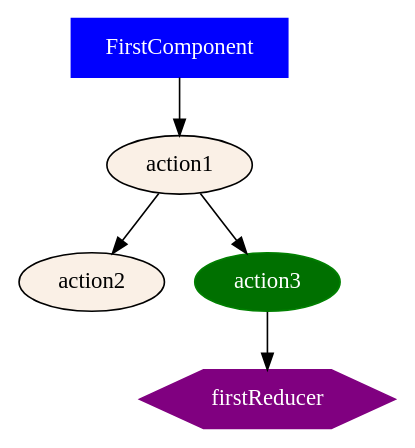
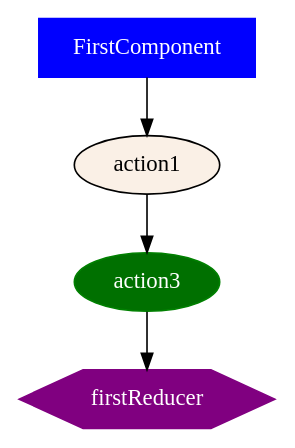
One commit to ammarnajjar/ngrx-graph changed the diagram in docs/examples/case1/out/action3.dot. Above: the diagram before and after it, drawn with Graphviz. The commit also changed 50 other files, not shown here.

First line of the commit message:
feat: add DOT file generation and SVG support for action graphs

```diff
--- a/docs/examples/case1/out/action3.dot
+++ b/docs/examples/case1/out/action3.dot
@@ -1,11 +1,9 @@
 digraph {
 FirstComponent [shape="box", color=blue, fillcolor=blue, fontcolor=white, style=filled]
 action1 [fillcolor=linen, style=filled]
-action2 [fillcolor=linen, style=filled]
 action3 [color=green, fillcolor="#007000", fontcolor=white, style=filled]
 firstReducer [shape="hexagon", color=purple, fillcolor=purple, fontcolor=white, style=filled]
 FirstComponent -> action1
-action1 -> action2
+action3 -> firstReducer
 action1 -> action3
-action3 -> firstReducer
 }
```
